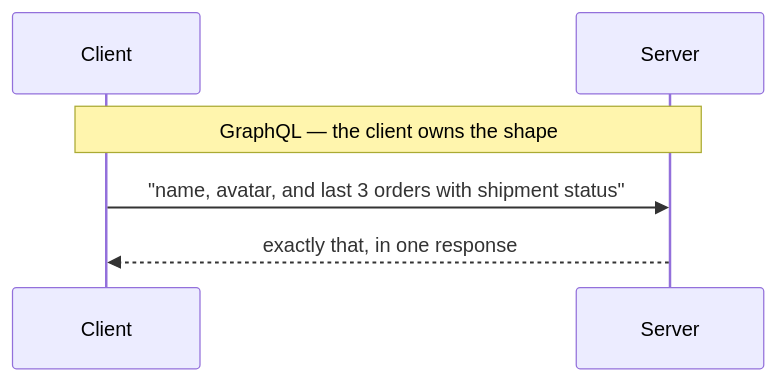
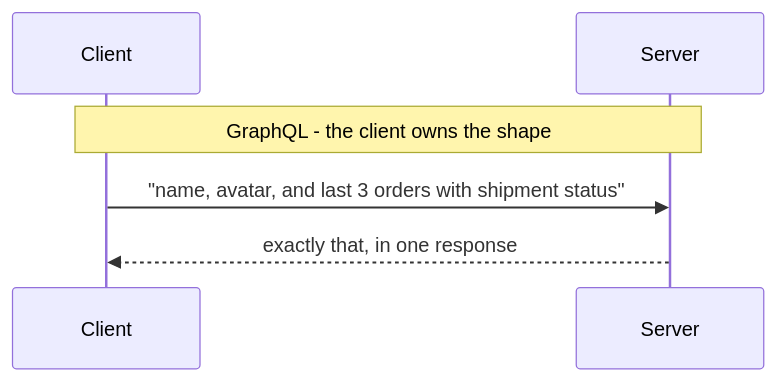
Before and after one commit to Topurrra/themissingmanual: the second of 2 diagrams in guides/apis/graphql-explained/01-the-problem-rest-leaves.md, drawn with Mermaid. The commit also changed other lines of this file and 1009 other files, not shown here.

````diff
--- a/guides/apis/graphql-explained/01-the-problem-rest-leaves.md
+++ b/guides/apis/graphql-explained/01-the-problem-rest-leaves.md
@@ -88,8 +88,8 @@
 ```mermaid
 sequenceDiagram
   participant Client
   participant Server
-  Note over Client,Server: GraphQL — the client owns the shape
+  Note over Client,Server: GraphQL - the client owns the shape
   Client->>Server: "name, avatar, and last 3 orders with shipment status"
   Server-->>Client: exactly that, in one response
 ```
````
